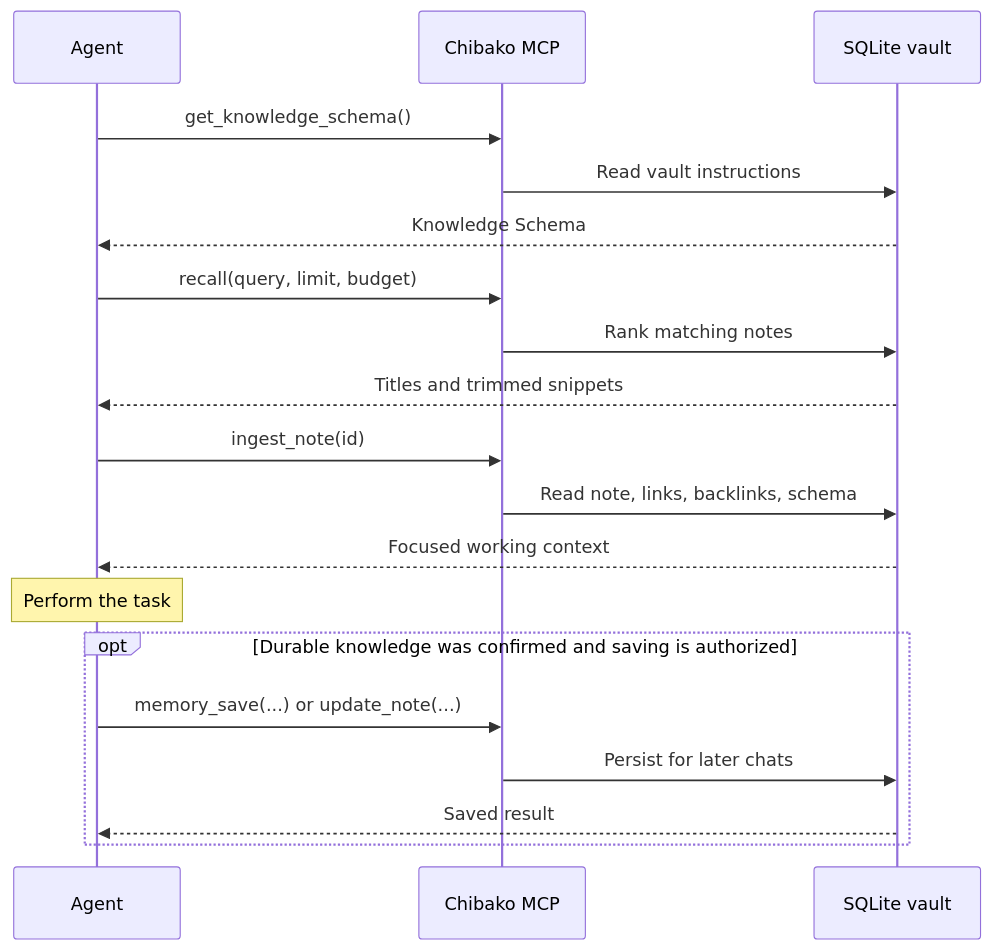
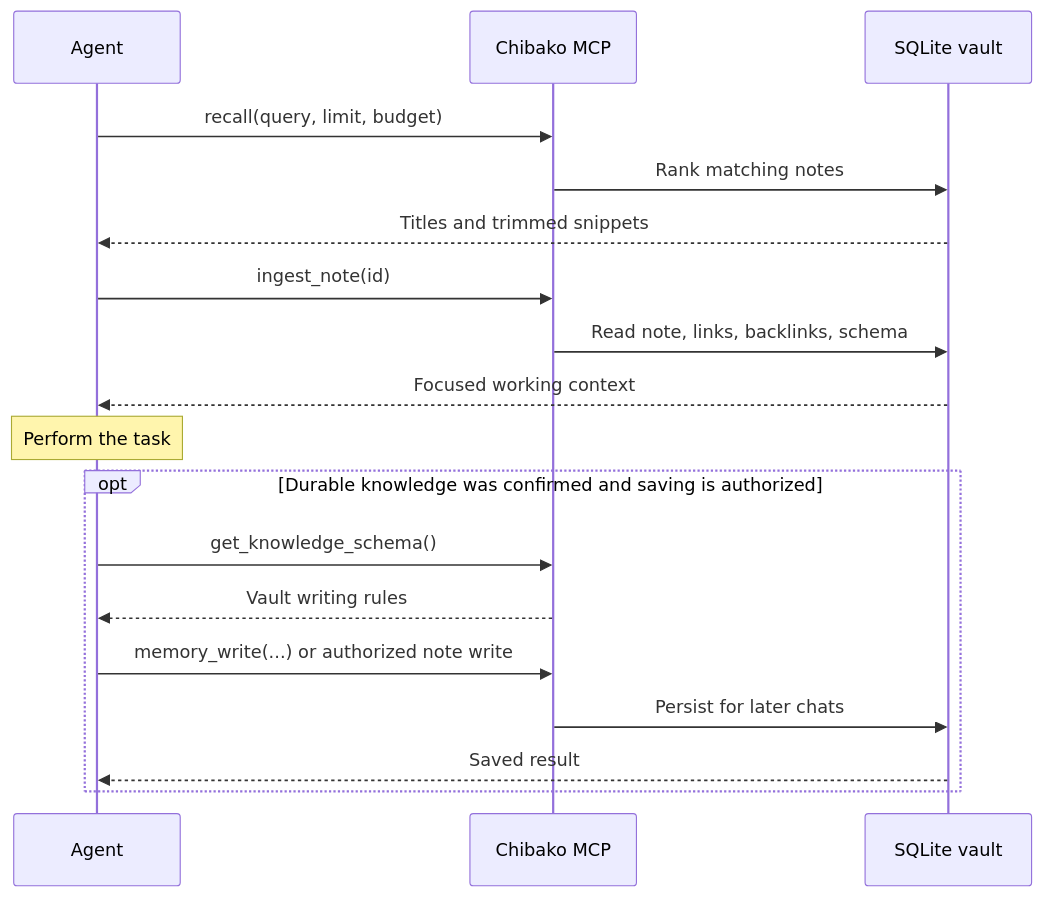
Before and after one commit to jccd-dev/Chibako: the second of 3 diagrams in docs/AGENT-MEMORY.md, drawn with Mermaid. The commit also changed other lines of this file and 42 other files, not shown here.

````diff
--- a/docs/AGENT-MEMORY.md
+++ b/docs/AGENT-MEMORY.md
@@ -38,26 +38,24 @@
 ```mermaid
 sequenceDiagram
     participant Agent
     participant MCP as Chibako MCP
     participant DB as SQLite vault
-
-    Agent->>MCP: get_knowledge_schema()
-    MCP->>DB: Read vault instructions
-    DB-->>Agent: Knowledge Schema
 
     Agent->>MCP: recall(query, limit, budget)
     MCP->>DB: Rank matching notes
     DB-->>Agent: Titles and trimmed snippets
 
     Agent->>MCP: ingest_note(id)
     MCP->>DB: Read note, links, backlinks, schema
     DB-->>Agent: Focused working context
 
     Note over Agent: Perform the task
 
     opt Durable knowledge was confirmed and saving is authorized
-        Agent->>MCP: memory_save(...) or update_note(...)
+        Agent->>MCP: get_knowledge_schema()
+        MCP-->>Agent: Vault writing rules
+        Agent->>MCP: memory_write(...) or authorized note write
         MCP->>DB: Persist for later chats
         DB-->>Agent: Saved result
     end
 ```
````
